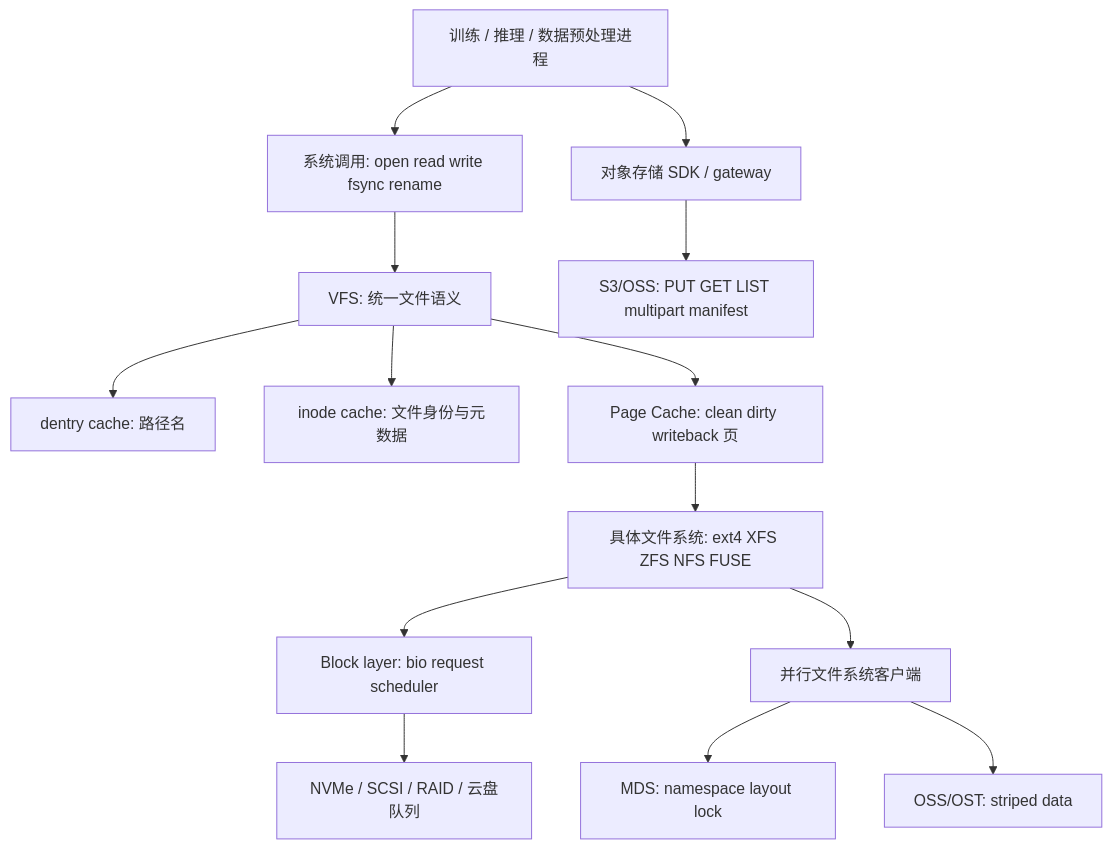
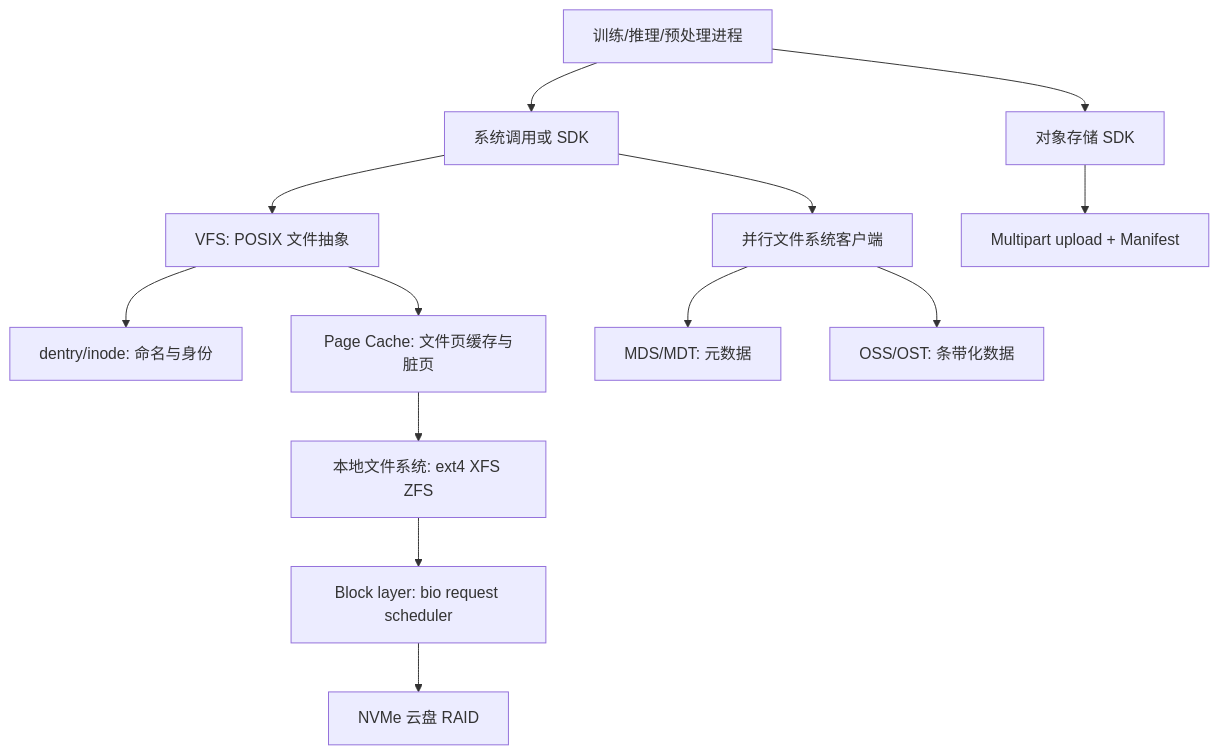
Before and after one commit to qxhy123/learn: the diagram in ai-infra-tutorial/part0-foundations-of-systems/0c-filesystems-and-storage-internals.md, drawn with Mermaid. The commit also changed other lines of this file and 12 other files, not shown here.

````diff
--- a/ai-infra-tutorial/part0-foundations-of-systems/0c-filesystems-and-storage-internals.md
+++ b/ai-infra-tutorial/part0-foundations-of-systems/0c-filesystems-and-storage-internals.md
@@ -29,16 +29,15 @@
 ```mermaid
 flowchart TD
-  App[训练 / 推理 / 数据预处理进程] --> Sys[系统调用: open read write fsync rename]
-  Sys --> VFS[VFS: 统一文件语义]
-  VFS --> Den[dentry cache: 路径名]
-  VFS --> Ino[inode cache: 文件身份与元数据]
-  VFS --> PC[Page Cache: clean dirty writeback 页]
-  PC --> FS[具体文件系统: ext4 XFS ZFS NFS FUSE]
+  App[训练/推理/预处理进程] --> Sys[系统调用或 SDK]
+  Sys --> VFS[VFS: POSIX 文件抽象]
+  VFS --> Name[dentry/inode: 命名与身份]
+  VFS --> Cache[Page Cache: 文件页缓存与脏页]
+  Cache --> FS[本地文件系统: ext4 XFS ZFS]
   FS --> BLK[Block layer: bio request scheduler]
-  BLK --> Q[NVMe / SCSI / RAID / 云盘队列]
-  FS --> PFS[并行文件系统客户端]
-  PFS --> MDS[MDS: namespace layout lock]
-  PFS --> OSS[OSS/OST: striped data]
-  App --> Obj[对象存储 SDK / gateway]
-  Obj --> S3[S3/OSS: PUT GET LIST multipart manifest]
+  BLK --> Dev[NVMe 云盘 RAID]
+  Sys --> PFS[并行文件系统客户端]
+  PFS --> MDS[MDS/MDT: 元数据]
+  PFS --> OSS[OSS/OST: 条带化数据]
+  App --> OBJ[对象存储 SDK]
+  OBJ --> MP[Multipart upload + Manifest]
 ```
````
